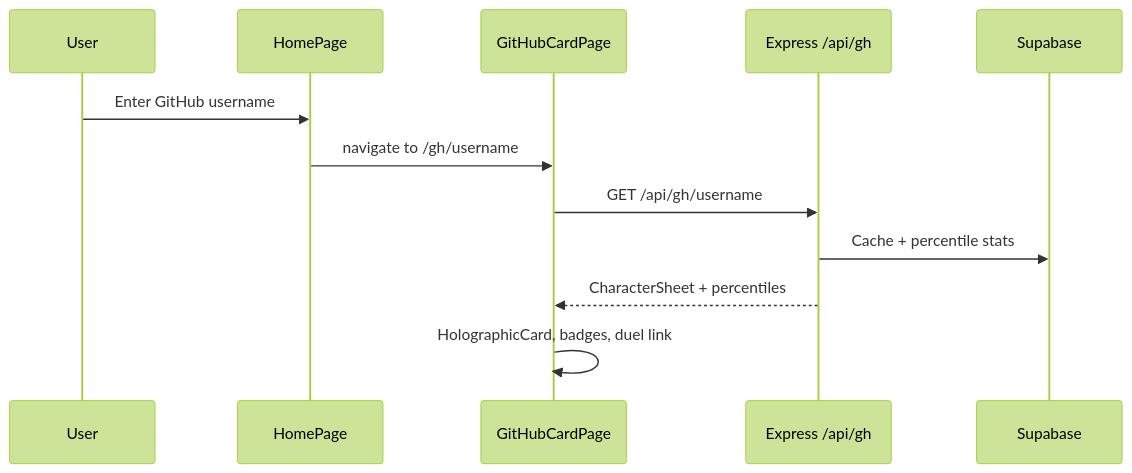
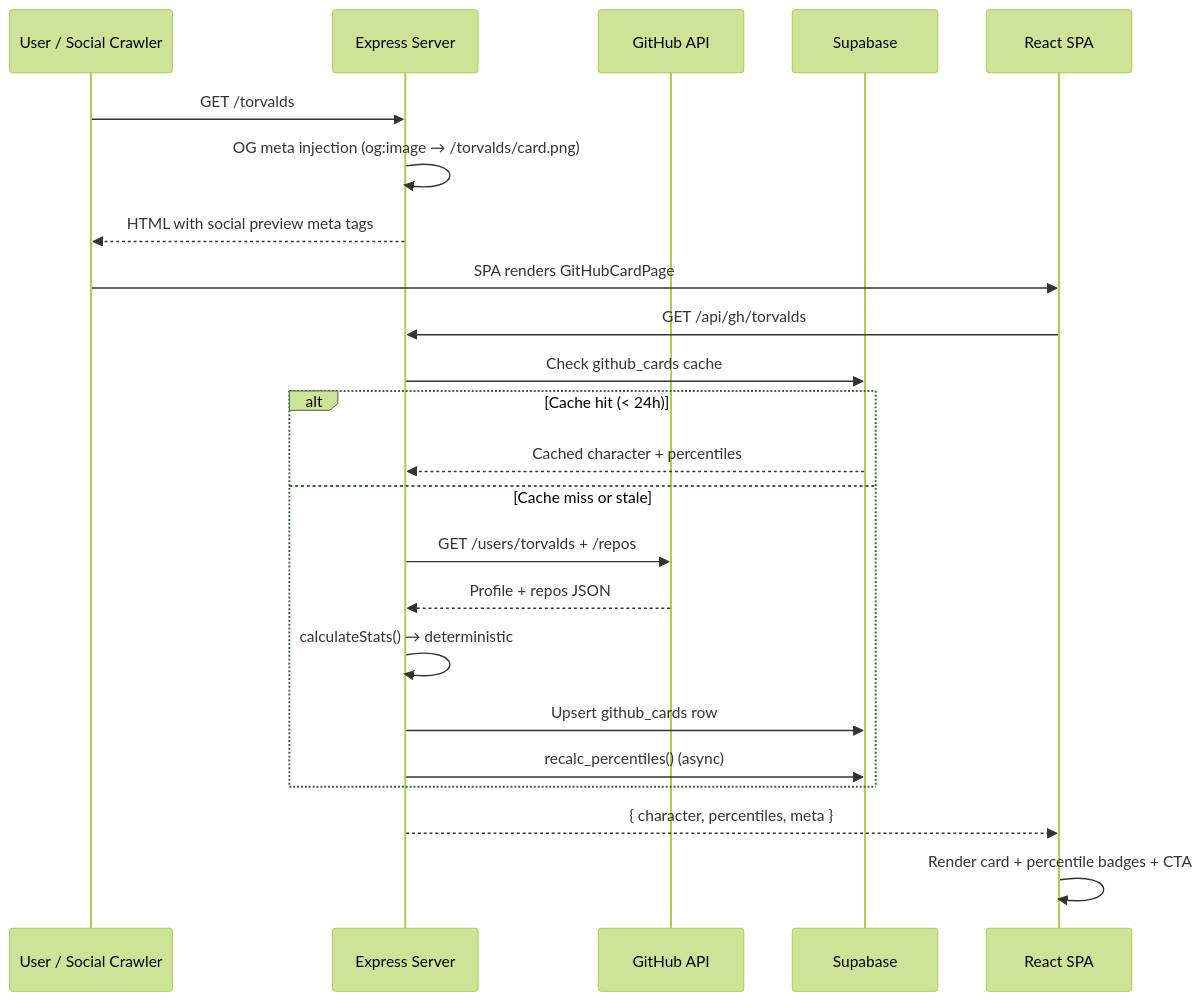
One commit to hariharanragothaman/ResumeRPG changed the second of 2 diagrams in README.md. Above: the diagram before and after it, drawn with Mermaid (forest theme). The commit also changed other lines of this file and 1 other file, not shown here.

First line of the commit message:
docs: update README and DEPLOYMENT for current architecture

````diff
--- a/README.md
+++ b/README.md
@@ -120,15 +69,26 @@
 ```mermaid
 sequenceDiagram
-    participant U as User
-    participant HP as HomePage
-    participant GH as GitHubCardPage
-    participant SRV as Express /api/gh
+    participant U as User / Social Crawler
+    participant S as Express Server
+    participant GH as GitHub API
     participant DB as Supabase
+    participant R as React SPA
 
-    U->>HP: Enter GitHub username
-    HP->>GH: navigate to /gh/username
-    GH->>SRV: GET /api/gh/username
-    SRV->>DB: Cache + percentile stats
-    SRV-->>GH: CharacterSheet + percentiles
-    GH->>GH: HolographicCard, badges, duel link
+    U->>S: GET /torvalds
+    S->>S: OG meta injection (og:image → /torvalds/card.png)
+    S-->>U: HTML with social preview meta tags
+    U->>R: SPA renders GitHubCardPage
+    R->>S: GET /api/gh/torvalds
+    S->>DB: Check github_cards cache
+    alt Cache hit (< 24h)
+        DB-->>S: Cached character + percentiles
+    else Cache miss or stale
+        S->>GH: GET /users/torvalds + /repos
+        GH-->>S: Profile + repos JSON
+        S->>S: calculateStats() → deterministic
+        S->>DB: Upsert github_cards row
+        S->>DB: recalc_percentiles() (async)
+    end
+    S-->>R: { character, percentiles, meta }
+    R->>R: Render card + percentile badges + CTA
 ```
````
